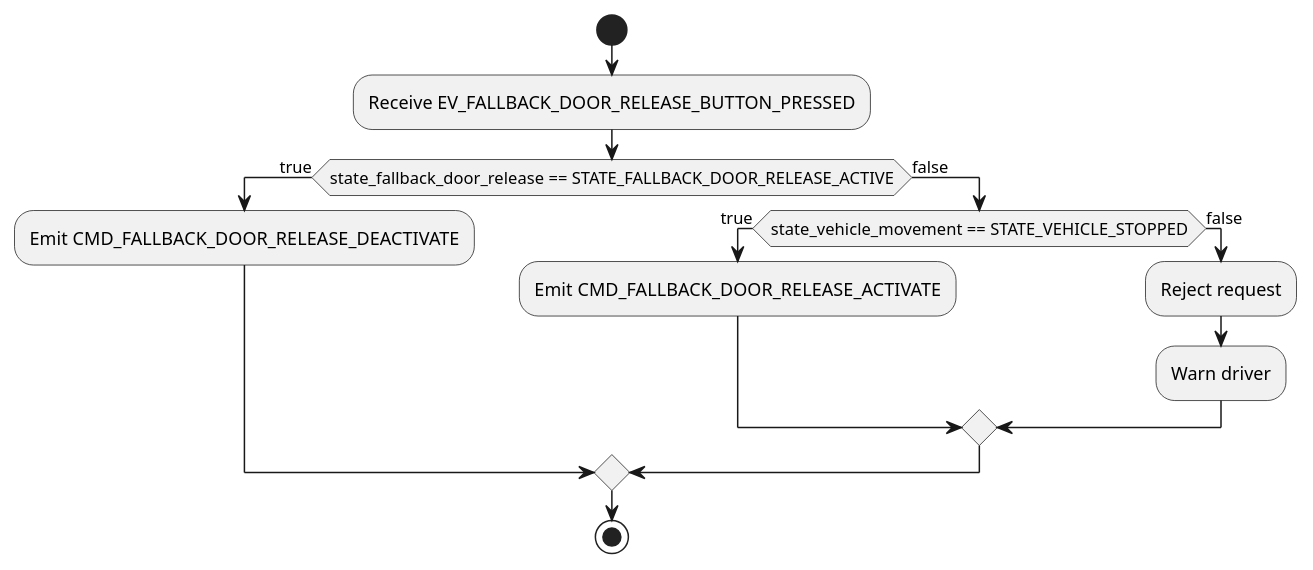
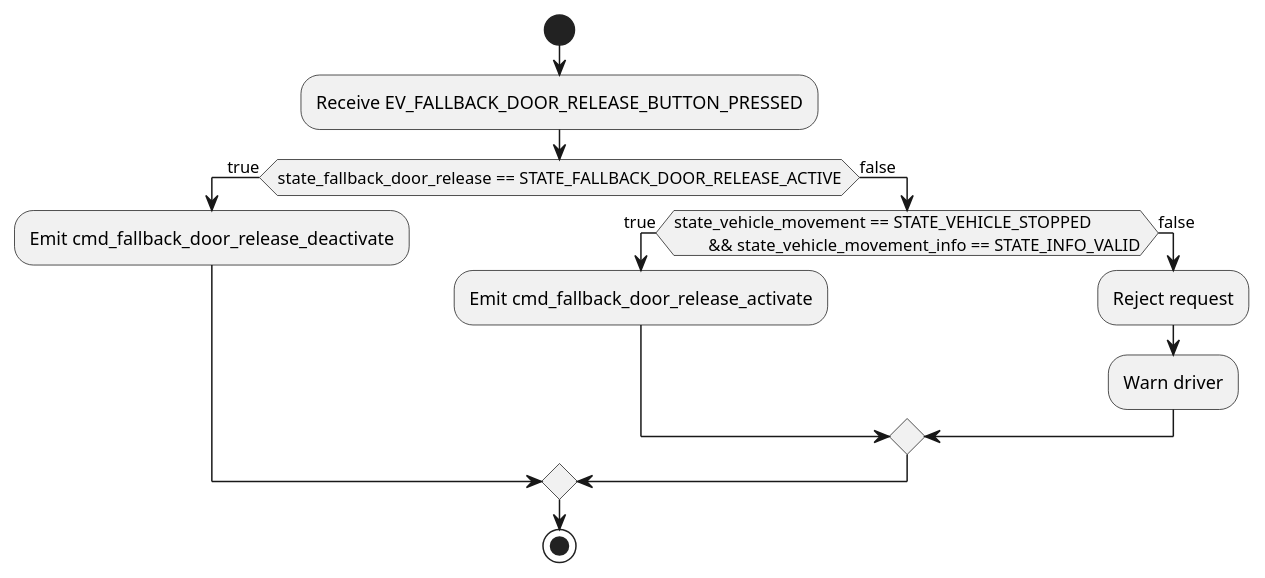
One commit to paetzholdt/CANRepo changed the diagram in docs/models/activity_diagrams/node-door-controller/fallback_door_release_supervisor_activity.puml. Above: the diagram before and after it, drawn with PlantUML. The commit also changed 13 other files, not shown here.

Commit message:
feat(node-door-controller): add initial fallback door release modules

```diff
--- a/docs/models/activity_diagrams/node-door-controller/fallback_door_release_supervisor_activity.puml
+++ b/docs/models/activity_diagrams/node-door-controller/fallback_door_release_supervisor_activity.puml
@@ -1,27 +1,28 @@
 @startuml fallback_door_release_supervisor_activity
 
 start
 
 :Receive EV_FALLBACK_DOOR_RELEASE_BUTTON_PRESSED;
 
 
 if (state_fallback_door_release == STATE_FALLBACK_DOOR_RELEASE_ACTIVE) then (true)
-    :Emit CMD_FALLBACK_DOOR_RELEASE_DEACTIVATE;
+    :Emit cmd_fallback_door_release_deactivate;
 
 
 else (false)
 
-    if (state_vehicle_movement == STATE_VEHICLE_STOPPED) then (true) 
-        :Emit CMD_FALLBACK_DOOR_RELEASE_ACTIVATE;
+    if (state_vehicle_movement == STATE_VEHICLE_STOPPED
+        && state_vehicle_movement_info == STATE_INFO_VALID) then (true) 
+        :Emit cmd_fallback_door_release_activate;
     else (false)
         :Reject request;
         :Warn driver;
 
     endif
 
 endif
 
 
 stop
 
 @enduml
```
